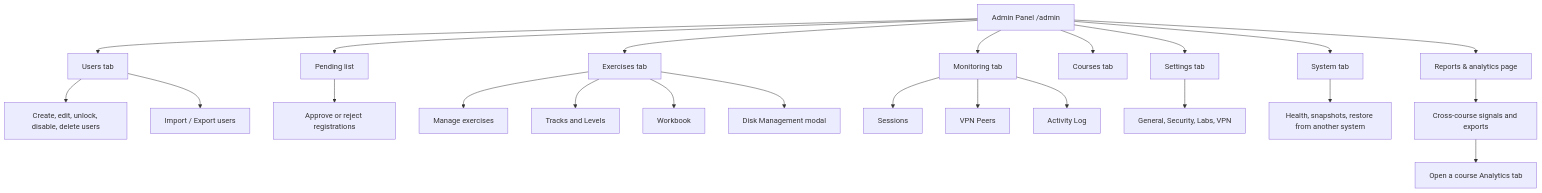
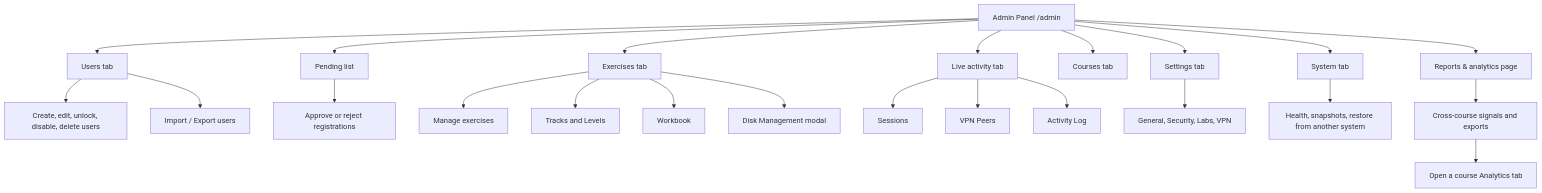
The diagram in Manual-Lite/04_Admin_Guide/01_Admin_Panel_Overview.md (RobChaykoski/opencyberrange), drawn with Mermaid before and after one commit. The commit also changed other lines of this file and 13 other files, not shown here.

First line of the commit message:
feat(admin): rename Monitoring tab to Live activity

````diff
--- a/Manual-Lite/04_Admin_Guide/01_Admin_Panel_Overview.md
+++ b/Manual-Lite/04_Admin_Guide/01_Admin_Panel_Overview.md
@@ -45,26 +45,26 @@
 ```mermaid
 flowchart TD
   A[Admin Panel /admin] --> U[Users tab]
   A --> P[Pending list]
   A --> E[Exercises tab]
-  A --> M[Monitoring tab]
+  A --> M[Live activity tab]
   A --> C[Courses tab]
   A --> SET[Settings tab]
   A --> SYS[System tab]
   A --> R[Reports & analytics page]
 
   U --> U1[Create, edit, unlock, disable, delete users]
   U --> U2[Import / Export users]
   P --> P1[Approve or reject registrations]
   E --> E1[Manage exercises]
   E --> E2[Tracks and Levels]
   E --> E3[Workbook]
   E --> E4[Disk Management modal]
   M --> M1[Sessions]
   M --> M2[VPN Peers]
   M --> M3[Activity Log]
   SET --> S1[General, Security, Labs, VPN]
   SYS --> SY1[Health, snapshots, restore from another system]
   R --> R1[Cross-course signals and exports]
   R1 --> R2[Open a course Analytics tab]
 ```
````
